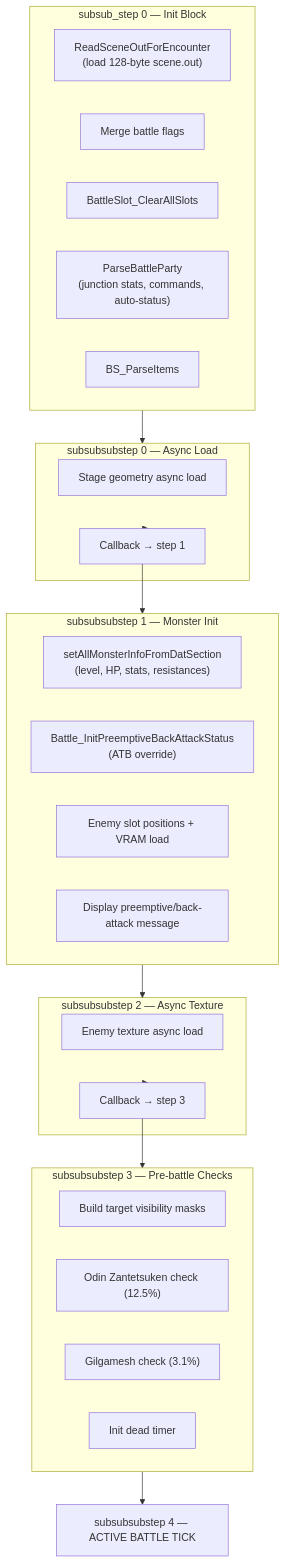
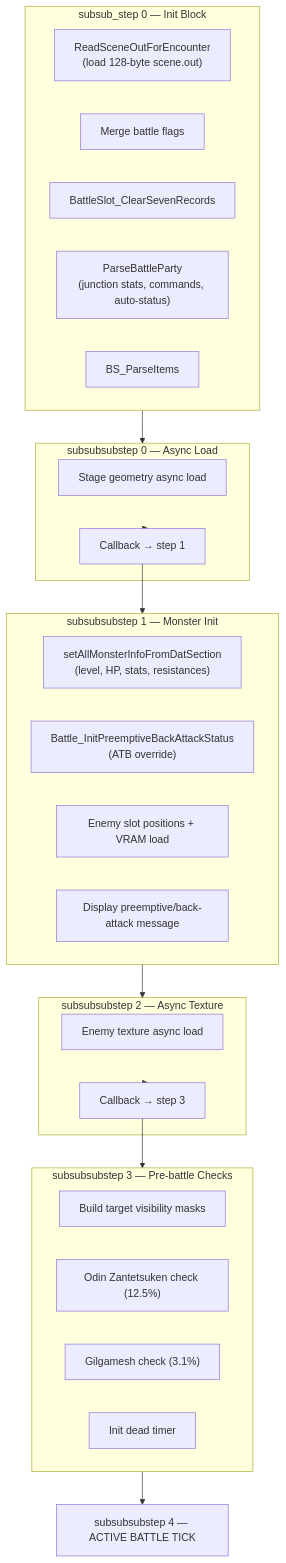
Before and after one commit to Djoe-Denne/BinaryTribunal: the diagram in docs/tech/systems/battle_init.md, drawn with Mermaid. The commit also changed other lines of this file and 55 other files, not shown here.

````diff
--- a/docs/tech/systems/battle_init.md
+++ b/docs/tech/systems/battle_init.md
@@ -48,42 +48,42 @@
 ```mermaid
 flowchart TD
     subgraph substep0["subsub_step 0 — Init Block"]
         scene["ReadSceneOutForEncounter<br/>(load 128-byte scene.out)"]
         flags["Merge battle flags"]
-        clear["BattleSlot_ClearAllSlots"]
+        clear["BattleSlot_ClearSevenRecords"]
         party["ParseBattleParty<br/>(junction stats, commands, auto-status)"]
         items["BS_ParseItems"]
     end
 
     subgraph step0["subsubsubstep 0 — Async Load"]
         stageLoad["Stage geometry async load"]
         cb1["Callback → step 1"]
     end
 
     subgraph step1["subsubsubstep 1 — Monster Init"]
         monInit["setAllMonsterInfoFromDatSection<br/>(level, HP, stats, resistances)"]
         preempt["Battle_InitPreemptiveBackAttackStatus<br/>(ATB override)"]
         pos["Enemy slot positions + VRAM load"]
         msg["Display preemptive/back-attack message"]
     end
 
     subgraph step2["subsubsubstep 2 — Async Texture"]
         texLoad["Enemy texture async load"]
         cb3["Callback → step 3"]
     end
 
     subgraph step3["subsubsubstep 3 — Pre-battle Checks"]
         vis["Build target visibility masks"]
         odin["Odin Zantetsuken check (12.5%)"]
         gilga["Gilgamesh check (3.1%)"]
         dead["Init dead timer"]
     end
 
     activeTick["subsubsubstep 4 — ACTIVE BATTLE TICK"]
 
     substep0 --> step0
     step0 --> cb1 --> step1
     step1 --> step2
     step2 --> cb3 --> step3
     step3 --> activeTick
 ```
````
